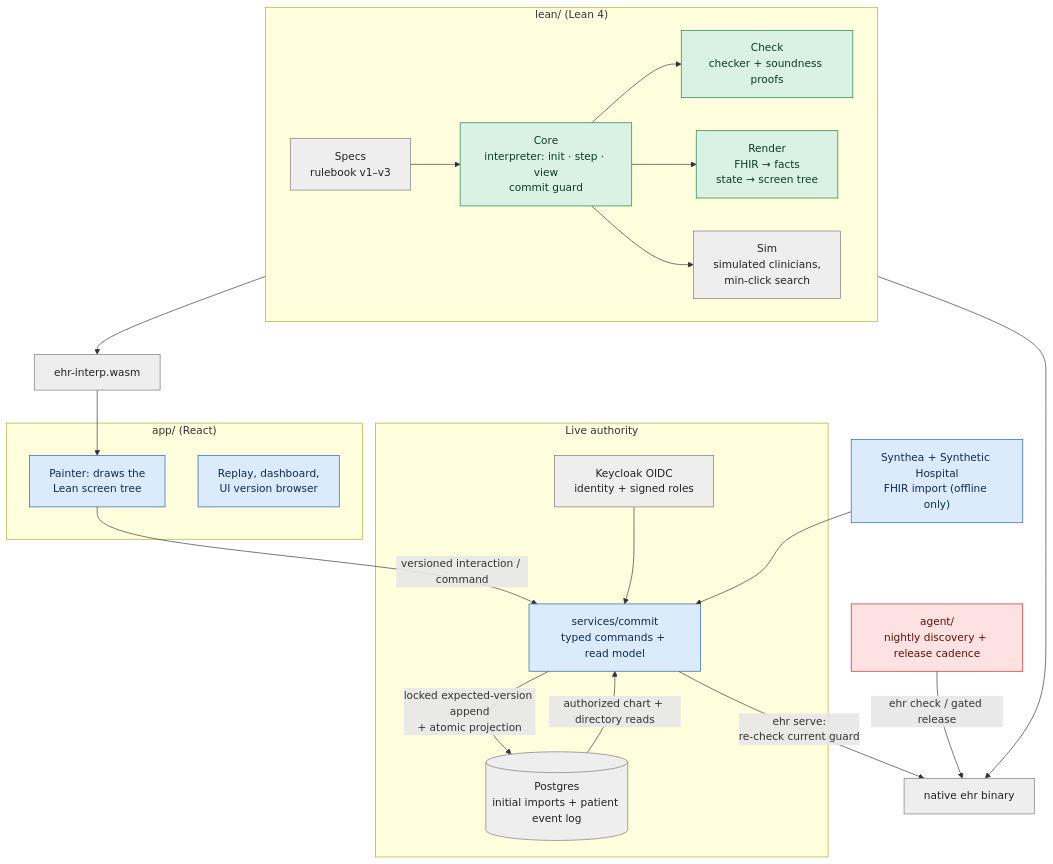
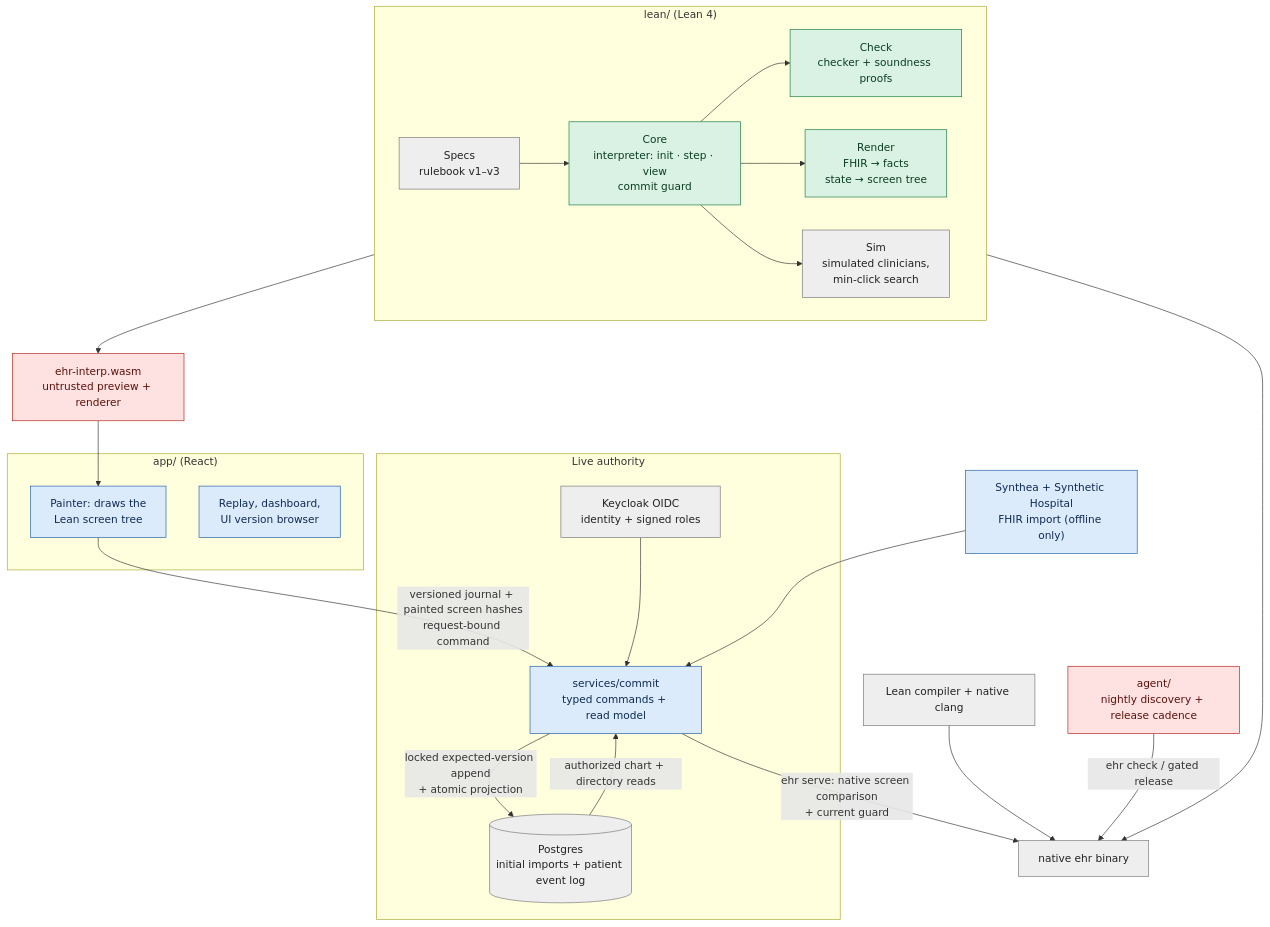
One commit to saithat/VGI-Health changed the second of 3 diagrams in README.md. Above: the diagram before and after it, drawn with Mermaid. The commit also changed other lines of this file and 24 other files, not shown here.

````diff
--- a/README.md
+++ b/README.md
@@ -86,46 +86,48 @@
 ```mermaid
 flowchart TB
   classDef proved fill:#d9f2e3,stroke:#1b7a43,color:#0b3d22
   classDef checked fill:#dcebfb,stroke:#1f5fa8,color:#0d2b52
   classDef trusted fill:#eeeeee,stroke:#777,color:#222
   classDef untrusted fill:#fde2e1,stroke:#b42318,color:#5c100b
 
   subgraph LEAN["lean/ (Lean 4)"]
     direction LR
     SPECS["Specs<br/>rulebook v1–v3"]:::trusted
     CORE["Core<br/>interpreter: init · step · view<br/>commit guard"]:::proved
     CHECK["Check<br/>checker + soundness proofs"]:::proved
     RENDER["Render<br/>FHIR → facts<br/>state → screen tree"]:::proved
     SIM["Sim<br/>simulated clinicians,<br/>min-click search"]:::trusted
     SPECS --> CORE --> CHECK
     CORE --> RENDER
     CORE --> SIM
   end
 
+  TOOLCHAIN["Lean compiler + native clang"]:::trusted
+  TOOLCHAIN --> NATIVE
   NATIVE["native ehr binary"]:::trusted
-  WASM["ehr-interp.wasm"]:::trusted
+  WASM["ehr-interp.wasm<br/>untrusted preview + renderer"]:::untrusted
   LEAN --> NATIVE
   LEAN --> WASM
 
   subgraph BROWSER["app/ (React)"]
     PAINTER["Painter: draws the<br/>Lean screen tree"]:::checked
     DASH["Replay, dashboard,<br/>UI version browser"]:::checked
   end
   WASM --> PAINTER
 
   AGENT["agent/<br/>nightly discovery + release cadence"]:::untrusted
   AGENT -->|"ehr check / gated release"| NATIVE
 
   subgraph BACKEND["Live authority"]
     COMMIT["services/commit<br/>typed commands + read model"]:::checked
     STORE[("Postgres<br/>initial imports + patient event log")]:::trusted
     OIDC["Keycloak OIDC<br/>identity + signed roles"]:::trusted
   end
   IMPORT["Synthea + Synthetic Hospital<br/>FHIR import (offline only)"]:::checked
-  PAINTER -->|"versioned interaction / command"| COMMIT
+  PAINTER -->|"versioned journal + painted screen hashes<br/>request-bound command"| COMMIT
   OIDC --> COMMIT
-  COMMIT -->|"ehr serve:<br/>re-check current guard"| NATIVE
+  COMMIT -->|"ehr serve: native screen comparison<br/>+ current guard"| NATIVE
   COMMIT -->|"locked expected-version append<br/>+ atomic projection"| STORE
   STORE -->|"authorized chart + directory reads"| COMMIT
   IMPORT --> COMMIT
 ```
````
